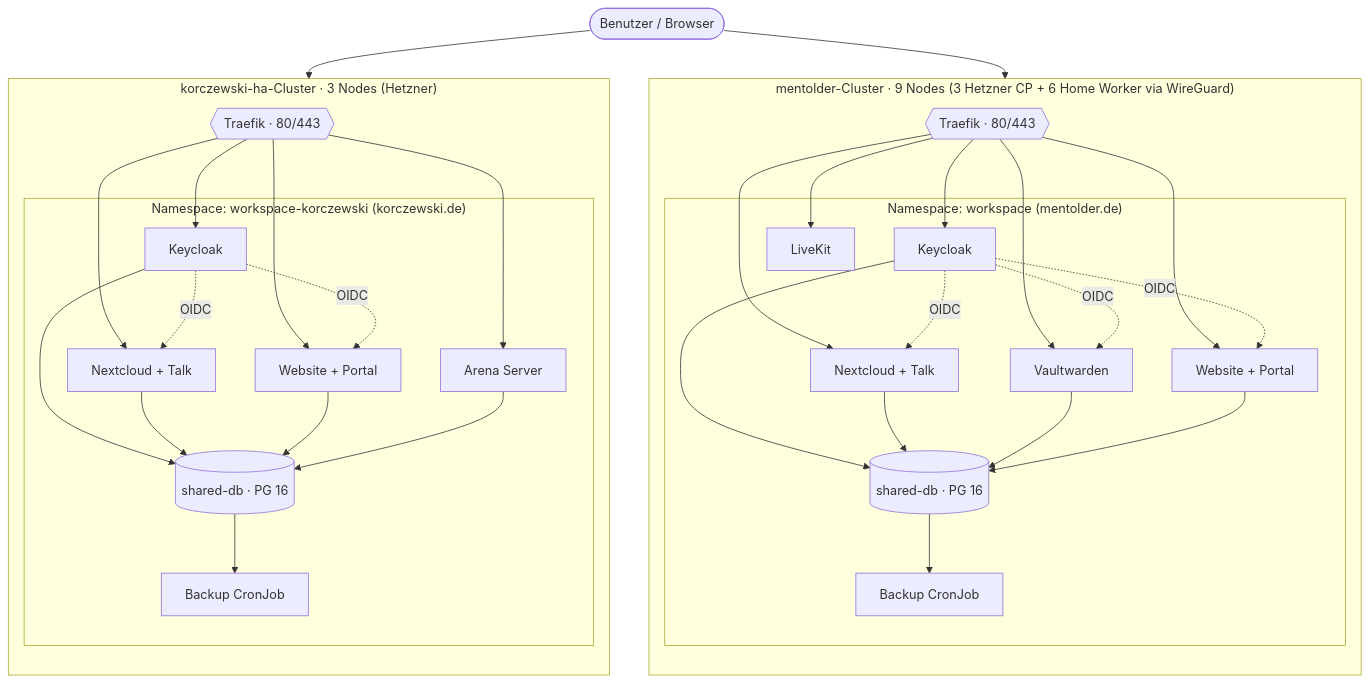
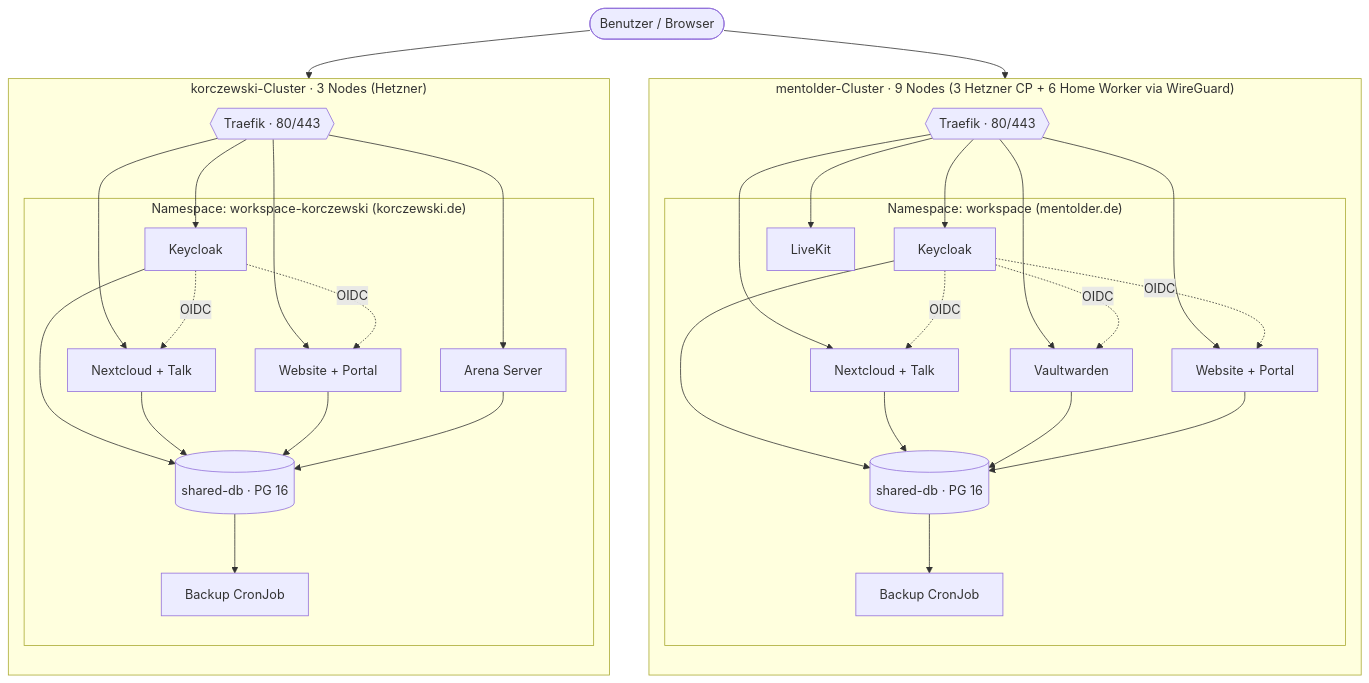
One commit to Paddione/Bachelorprojekt changed the first of 5 diagrams in k3d/docs-content/architecture.md. Above: the diagram before and after it, drawn with Mermaid. The commit also changed other lines of this file and 22 other files, not shown here.

````diff
--- a/k3d/docs-content/architecture.md
+++ b/k3d/docs-content/architecture.md
@@ -27,39 +27,39 @@
 ```mermaid
 flowchart TB
   User([Benutzer / Browser])
   subgraph mentolder["mentolder-Cluster · 9 Nodes (3 Hetzner CP + 6 Home Worker via WireGuard)"]
     direction TB
     TR1{{"Traefik · 80/443"}}
     subgraph ns1["Namespace: workspace (mentolder.de)"]
       KC1[Keycloak]
       NC1[Nextcloud + Talk]
       VW1[Vaultwarden]
       WEB1[Website + Portal]
       LK1[LiveKit]
       DB1[(shared-db · PG 16)]
       BU1[Backup CronJob]
     end
   end
-  subgraph korczewski["korczewski-ha-Cluster · 3 Nodes (Hetzner)"]
+  subgraph korczewski["korczewski-Cluster · 3 Nodes (Hetzner)"]
     direction TB
     TR2{{"Traefik · 80/443"}}
     subgraph ns2["Namespace: workspace-korczewski (korczewski.de)"]
       KC2[Keycloak]
       NC2[Nextcloud + Talk]
       WEB2[Website + Portal]
       ARENA[Arena Server]
       DB2[(shared-db · PG 16)]
       BU2[Backup CronJob]
     end
   end
 
   User --> TR1 & TR2
   TR1 --> KC1 & NC1 & VW1 & WEB1 & LK1
   TR2 --> KC2 & NC2 & WEB2 & ARENA
   KC1 -. OIDC .-> NC1 & VW1 & WEB1
   KC2 -. OIDC .-> NC2 & WEB2
   KC1 & NC1 & VW1 & WEB1 --> DB1
   KC2 & NC2 & WEB2 & ARENA --> DB2
   DB1 --> BU1
   DB2 --> BU2
 ```
````
